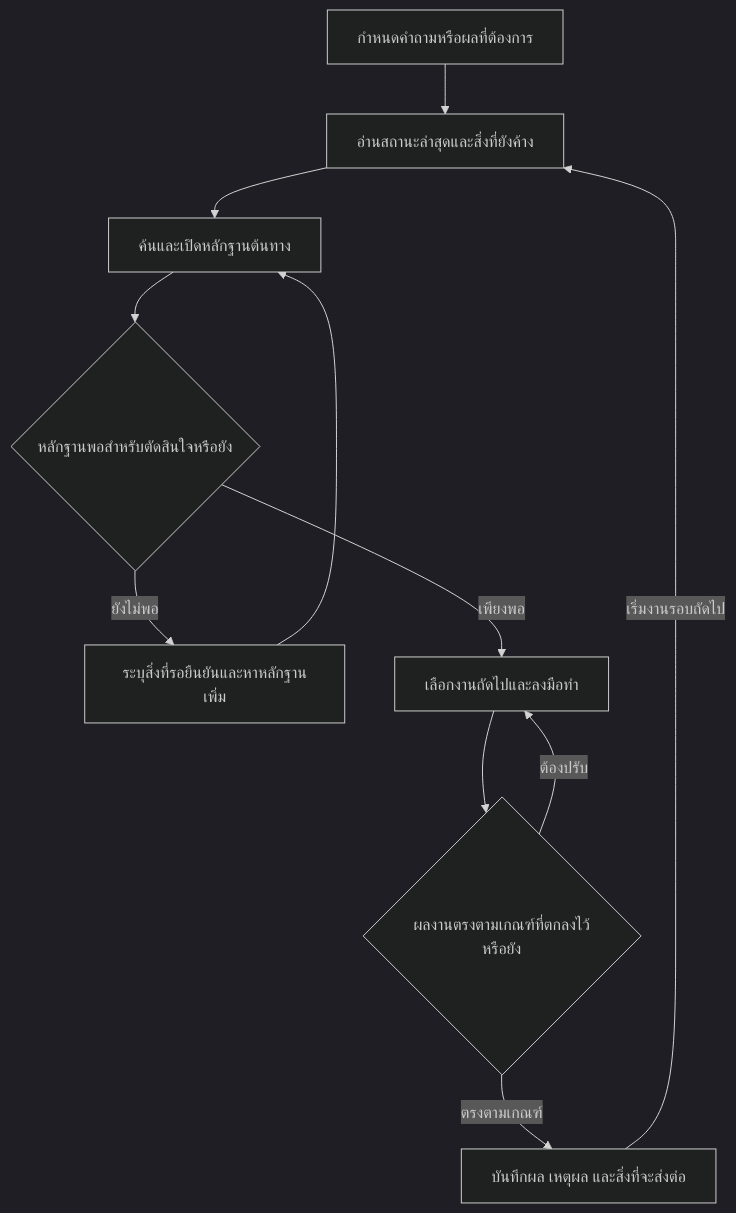
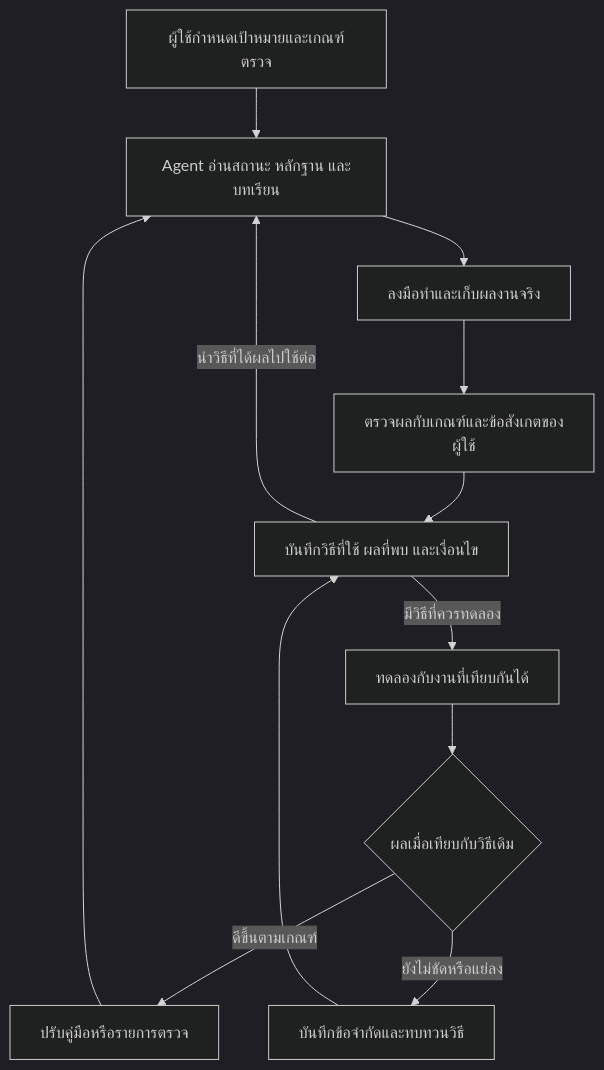
One commit to panithan1991/Agent-AI-Work-Advisor- changed the diagram in README.md. Above: the diagram before and after it, drawn with Mermaid (dark theme). The commit also changed other lines of this file and 3 other files, not shown here.

````diff
--- a/README.md
+++ b/README.md
@@ -18,13 +23,14 @@
 ```mermaid
 flowchart TD
-    A["กำหนดคำถามหรือผลที่ต้องการ"] --> B["อ่านสถานะล่าสุดและสิ่งที่ยังค้าง"]
-    B --> C["ค้นและเปิดหลักฐานต้นทาง"]
-    C --> D{"หลักฐานพอสำหรับตัดสินใจหรือยัง"}
-    D -->|ยังไม่พอ| E["ระบุสิ่งที่รอยืนยันและหาหลักฐานเพิ่ม"]
-    E --> C
-    D -->|เพียงพอ| F["เลือกงานถัดไปและลงมือทำ"]
-    F --> G{"ผลงานตรงตามเกณฑ์ที่ตกลงไว้หรือยัง"}
-    G -->|ต้องปรับ| F
-    G -->|ตรงตามเกณฑ์| H["บันทึกผล เหตุผล และสิ่งที่จะส่งต่อ"]
-    H -->|เริ่มงานรอบถัดไป| B
+    A["ผู้ใช้กำหนดเป้าหมายและเกณฑ์ตรวจ"] --> B["Agent อ่านสถานะ หลักฐาน และบทเรียน"]
+    B --> C["ลงมือทำและเก็บผลงานจริง"]
+    C --> D["ตรวจผลกับเกณฑ์และข้อสังเกตของผู้ใช้"]
+    D --> E["บันทึกวิธีที่ใช้ ผลที่พบ และเงื่อนไข"]
+    E -->|นำวิธีที่ได้ผลไปใช้ต่อ| B
+    E -->|มีวิธีที่ควรทดลอง| F["ทดลองกับงานที่เทียบกันได้"]
+    F --> G{"ผลเมื่อเทียบกับวิธีเดิม"}
+    G -->|ดีขึ้นตามเกณฑ์| H["ปรับคู่มือหรือรายการตรวจ"]
+    G -->|ยังไม่ชัดหรือแย่ลง| I["บันทึกข้อจำกัดและทบทวนวิธี"]
+    H --> B
+    I --> E
 ```
````
